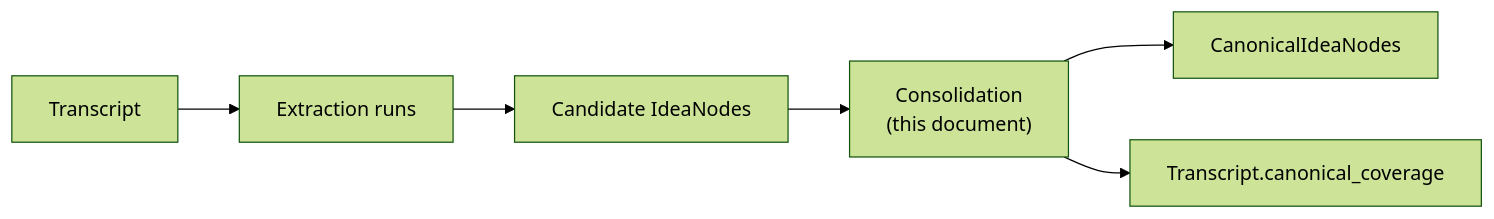
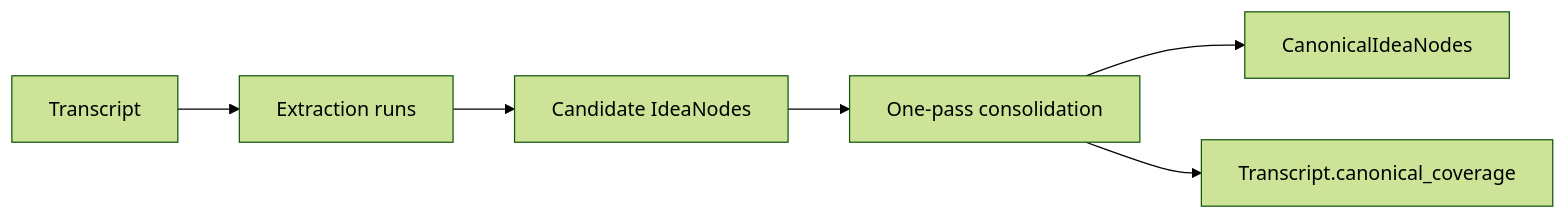
The first of 3 diagrams in docs/08_CANONICAL_IDEA_CONSOLIDATION.md (finografic/llaab), drawn with Mermaid (forest theme) before and after one commit. The commit also changed other lines of this file and 8 other files, not shown here.

````diff
--- a/docs/08_CANONICAL_IDEA_CONSOLIDATION.md
+++ b/docs/08_CANONICAL_IDEA_CONSOLIDATION.md
@@ -32,8 +30,8 @@
 ```mermaid
 flowchart LR
   A["Transcript"] --> B["Extraction runs"]
   B --> C["Candidate IdeaNodes"]
-  C --> D["Consolidation\n(this document)"]
+  C --> D["One-pass consolidation"]
   D --> E["CanonicalIdeaNodes"]
   D --> F["Transcript.canonical_coverage"]
 ```
````
